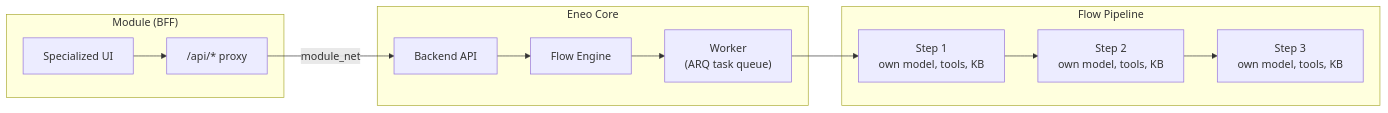
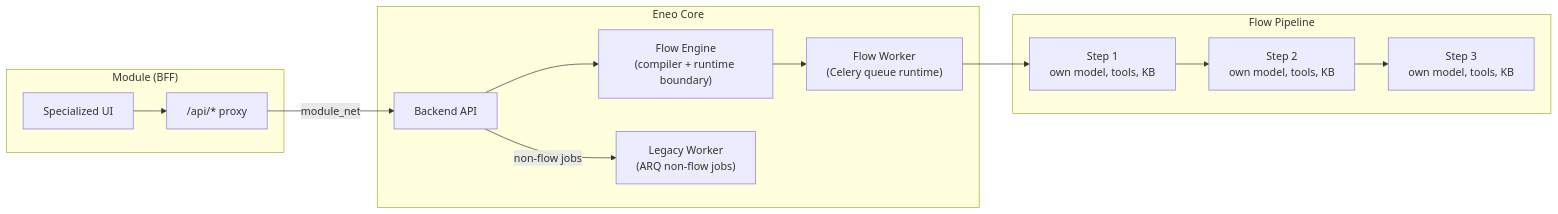
One commit to CCimen/eneo-modules-example changed the first of 4 diagrams in README.md. Above: the diagram before and after it, drawn with Mermaid. The commit also changed other lines of this file and 5 other files, not shown here.

First line of the commit message:
docs: add Celery-first flow runtime overlay and audit evidence contract

````diff
--- a/README.md
+++ b/README.md
@@ -31,29 +31,33 @@
 ```mermaid
 flowchart LR
     subgraph Module["Module (BFF)"]
         UI["Specialized UI"]
         BFF["/api/* proxy"]
     end
 
     subgraph Eneo["Eneo Core"]
         API["Backend API"]
-        Engine["Flow Engine"]
-        Worker["`Worker
-(ARQ task queue)`"]
+        Engine["`Flow Engine
+(compiler + runtime boundary)`"]
+        CeleryFlowWorker["`Flow Worker
+(Celery queue runtime)`"]
+        LegacyWorker["`Legacy Worker
+(ARQ non-flow jobs)`"]
     end
 
     subgraph Flow["Flow Pipeline"]
         S1["`Step 1
 own model, tools, KB`"]
         S2["`Step 2
 own model, tools, KB`"]
         S3["`Step 3
 own model, tools, KB`"]
     end
 
     UI --> BFF
     BFF -->|"module_net"| API
     API --> Engine
-    Engine --> Worker
-    Worker --> S1 --> S2 --> S3
+    Engine --> CeleryFlowWorker
+    API -->|"non-flow jobs"| LegacyWorker
+    CeleryFlowWorker --> S1 --> S2 --> S3
 ```
````
